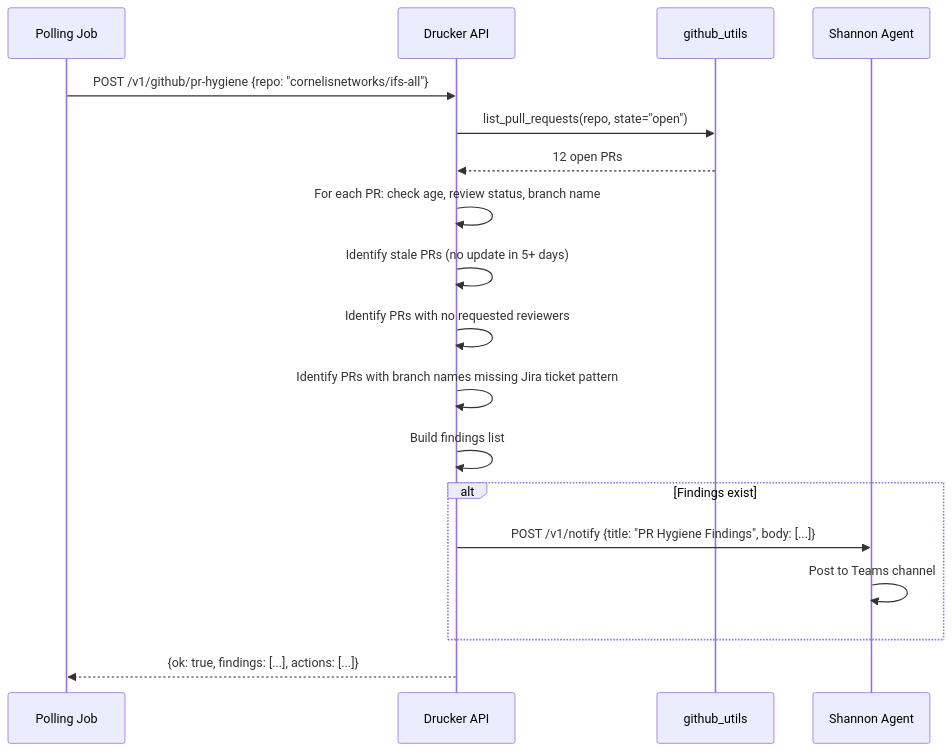
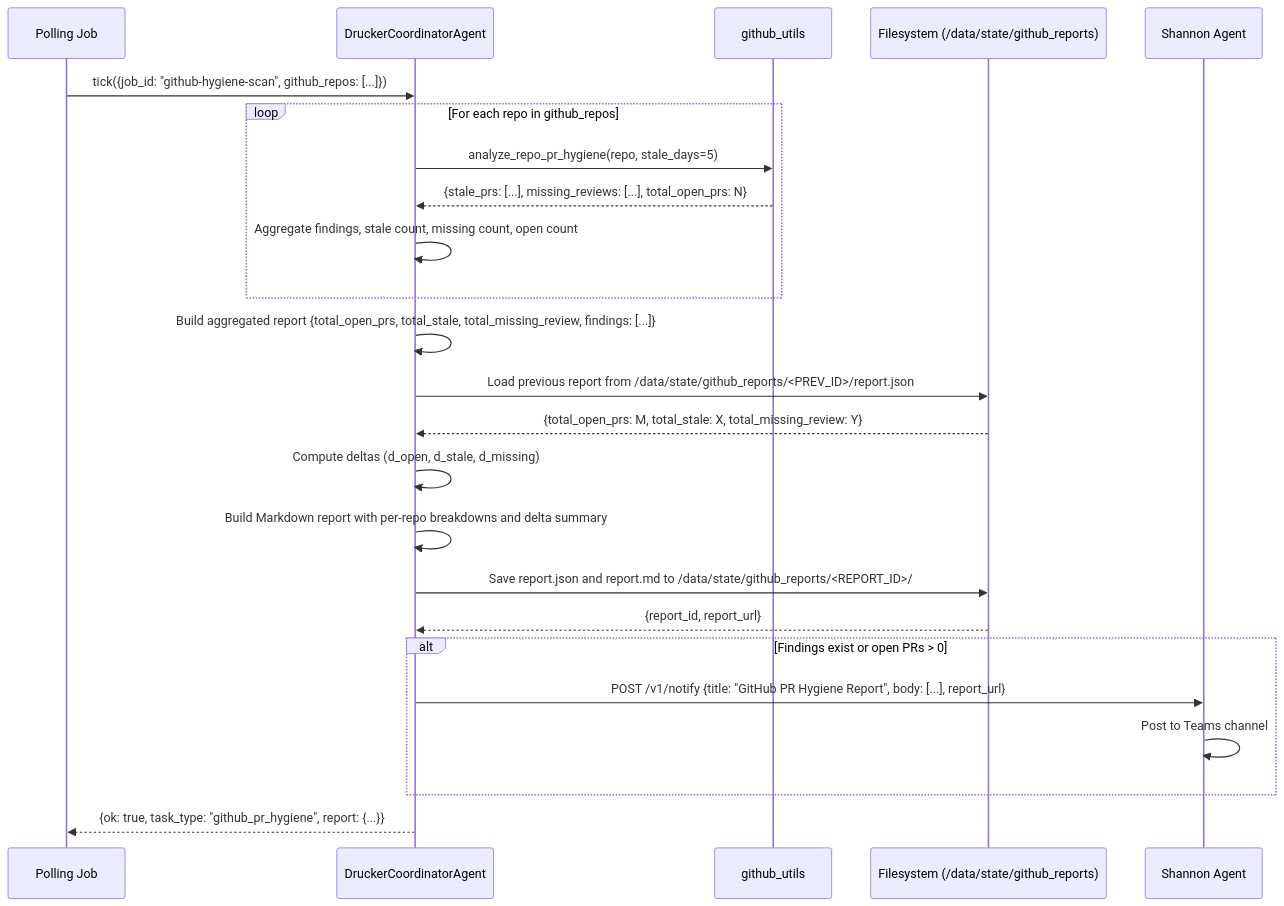
Before and after one commit to jmac-cornelis/agent-workforce: the third of 4 diagrams in agents/drucker/docs/as-built.md, drawn with Mermaid. The commit also changed other lines of this file and 4 other files, not shown here.

````diff
--- a/agents/drucker/docs/as-built.md
+++ b/agents/drucker/docs/as-built.md
@@ -146,21 +155,27 @@
 ```mermaid
 sequenceDiagram
     participant Poller as Polling Job
-    participant API as Drucker API
+    participant Agent as DruckerCoordinatorAgent
     participant GH as github_utils
+    participant FS as Filesystem (/data/state/github_reports)
     participant Shannon as Shannon Agent
 
-    Poller->>API: POST /v1/github/pr-hygiene {repo: "cornelisnetworks/ifs-all"}
-    API->>GH: list_pull_requests(repo, state="open")
-    GH-->>API: 12 open PRs
-    API->>API: For each PR: check age, review status, branch name
-    API->>API: Identify stale PRs (no update in 5+ days)
-    API->>API: Identify PRs with no requested reviewers
-    API->>API: Identify PRs with branch names missing Jira ticket pattern
-    API->>API: Build findings list
-    alt Findings exist
-        API->>Shannon: POST /v1/notify {title: "PR Hygiene Findings", body: [...]}
+    Poller->>Agent: tick({job_id: "github-hygiene-scan", github_repos: [...]})
+    loop For each repo in github_repos
+        Agent->>GH: analyze_repo_pr_hygiene(repo, stale_days=5)
+        GH-->>Agent: {stale_prs: [...], missing_reviews: [...], total_open_prs: N}
+        Agent->>Agent: Aggregate findings, stale count, missing count, open count
+    end
+    Agent->>Agent: Build aggregated report {total_open_prs, total_stale, total_missing_review, findings: [...]}
+    Agent->>FS: Load previous report from /data/state/github_reports/<PREV_ID>/report.json
+    FS-->>Agent: {total_open_prs: M, total_stale: X, total_missing_review: Y}
+    Agent->>Agent: Compute deltas (d_open, d_stale, d_missing)
+    Agent->>Agent: Build Markdown report with per-repo breakdowns and delta summary
+    Agent->>FS: Save report.json and report.md to /data/state/github_reports/<REPORT_ID>/
+    FS-->>Agent: {report_id, report_url}
+    alt Findings exist or open PRs > 0
+        Agent->>Shannon: POST /v1/notify {title: "GitHub PR Hygiene Report", body: [...], report_url}
         Shannon->>Shannon: Post to Teams channel
     end
-    API-->>Poller: {ok: true, findings: [...], actions: [...]}
+    Agent-->>Poller: {ok: true, task_type: "github_pr_hygiene", report: {...}}
 ```
````
